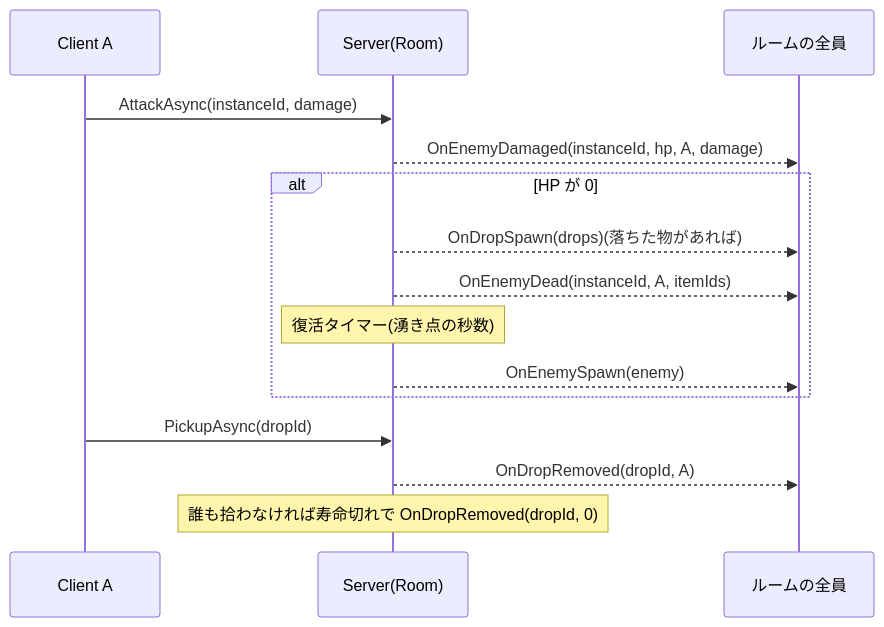
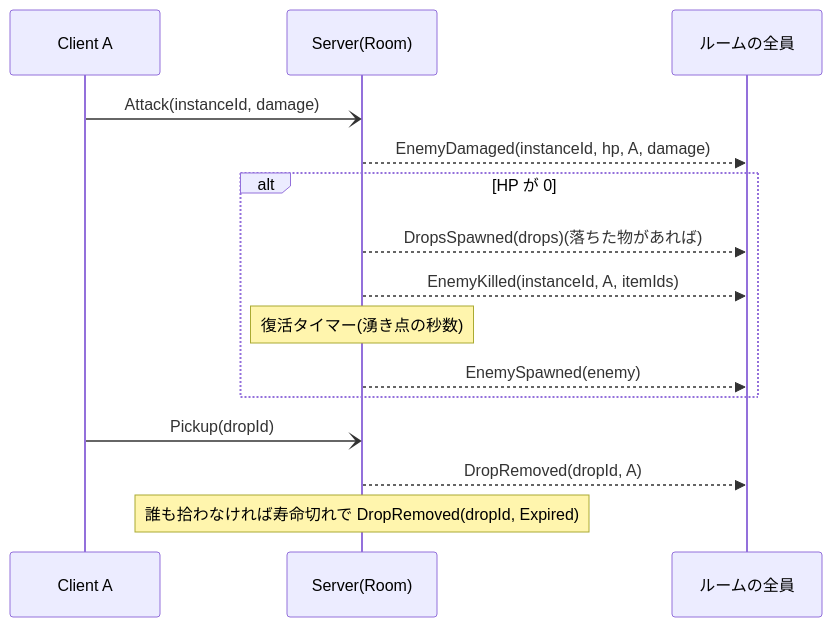
Before and after one commit to OskaKim/Terrace: the second of 3 diagrams in docs/contracts/protocol.md, drawn with Mermaid. The commit also changed other lines of this file and 41 other files, not shown here.

````diff
--- a/docs/contracts/protocol.md
+++ b/docs/contracts/protocol.md
@@ -101,17 +115,17 @@
 ```mermaid
 sequenceDiagram
   participant A as Client A
   participant S as Server(Room)
   participant All as ルームの全員
-  A->>S: AttackAsync(instanceId, damage)
-  S-->>All: OnEnemyDamaged(instanceId, hp, A, damage)
+  A-)S: Attack(instanceId, damage)
+  S-->>All: EnemyDamaged(instanceId, hp, A, damage)
   alt HP が 0
-    S-->>All: OnDropSpawn(drops)(落ちた物があれば)
-    S-->>All: OnEnemyDead(instanceId, A, itemIds)
+    S-->>All: DropsSpawned(drops)(落ちた物があれば)
+    S-->>All: EnemyKilled(instanceId, A, itemIds)
     Note over S: 復活タイマー(湧き点の秒数)
-    S-->>All: OnEnemySpawn(enemy)
+    S-->>All: EnemySpawned(enemy)
   end
-  A->>S: PickupAsync(dropId)
-  S-->>All: OnDropRemoved(dropId, A)
-  Note over S: 誰も拾わなければ寿命切れで OnDropRemoved(dropId, 0)
+  A-)S: Pickup(dropId)
+  S-->>All: DropRemoved(dropId, A)
+  Note over S: 誰も拾わなければ寿命切れで DropRemoved(dropId, Expired)
 ```
````
